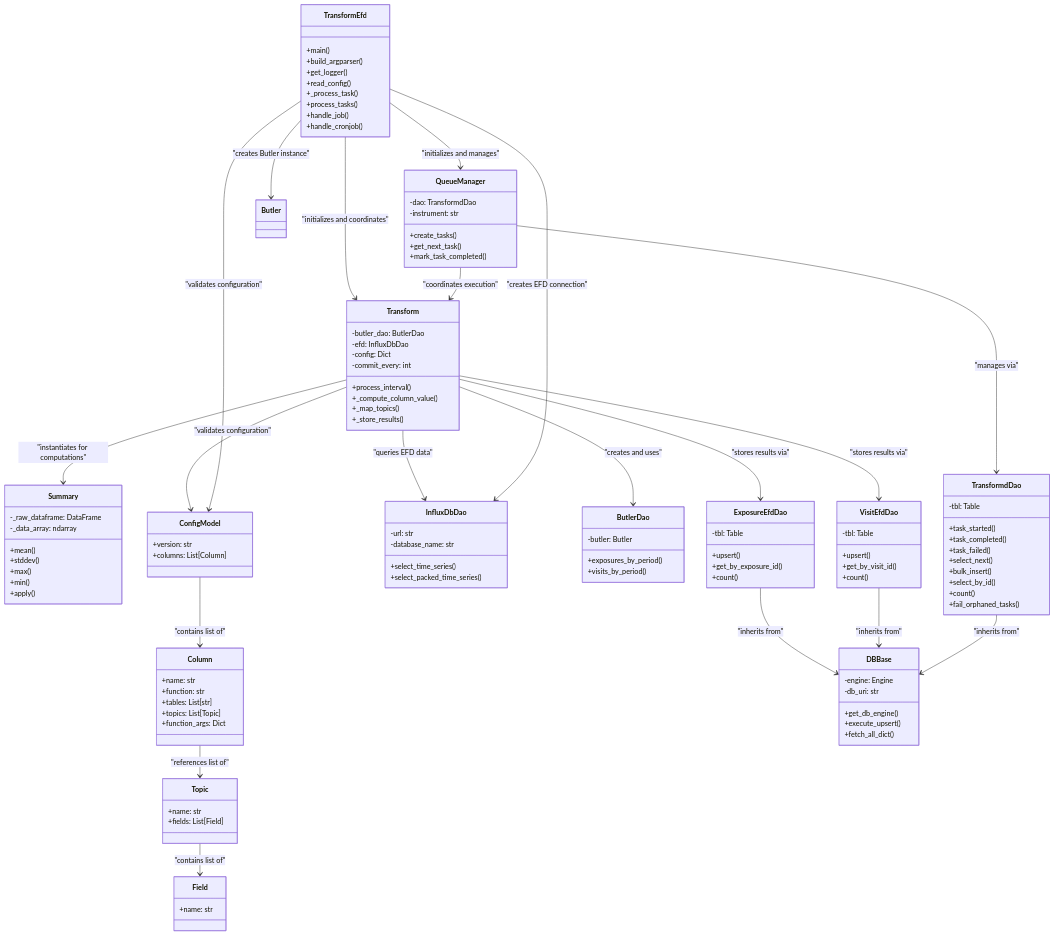
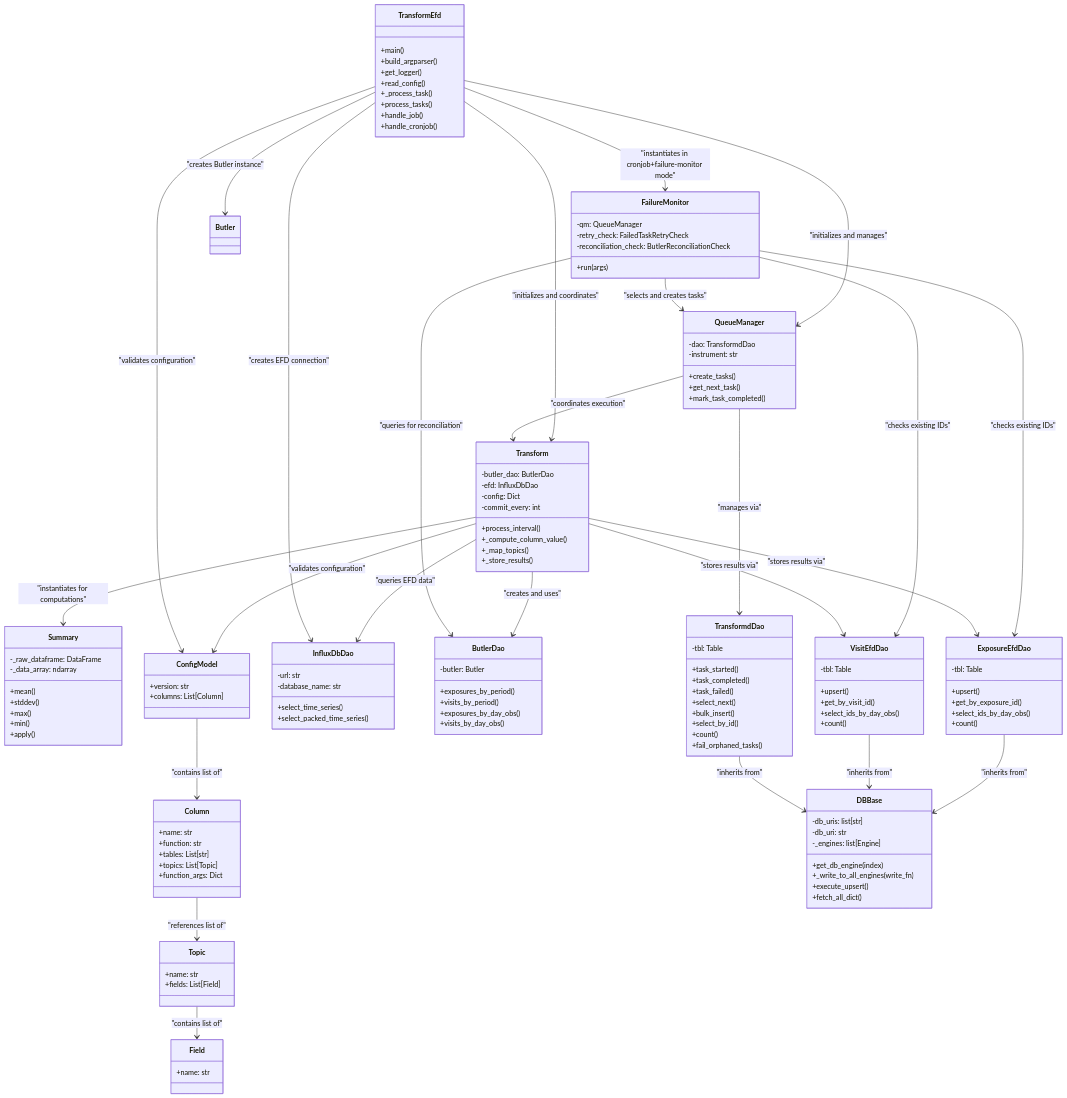
The second of 3 diagrams in doc/developer-guide/transformed-efd.rst (lsst-dm/consdb), drawn with Mermaid before and after one commit. The commit also changed other lines of this file and 3 other files, not shown here.

```diff
--- a/doc/developer-guide/transformed-efd.rst
+++ b/doc/developer-guide/transformed-efd.rst
@@ -525,12 +558,23 @@
           -butler: Butler
           +exposures_by_period()
           +visits_by_period()
+          +exposures_by_day_obs()
+          +visits_by_day_obs()
+      }
+
+      class FailureMonitor {
+          -qm: QueueManager
+          -retry_check: FailedTaskRetryCheck
+          -reconciliation_check: ButlerReconciliationCheck
+          +run(args)
       }
 
       class DBBase {
-          -engine: Engine
+          -db_uris: list[str]
           -db_uri: str
-          +get_db_engine()
+          -_engines: list[Engine]
+          +get_db_engine(index)
+          +_write_to_all_engines(write_fn)
           +execute_upsert()
           +fetch_all_dict()
       }
@@ -539,6 +583,7 @@
           -tbl: Table
           +upsert()
           +get_by_exposure_id()
+          +select_ids_by_day_obs()
           +count()
       }
 
@@ -546,6 +591,7 @@
           -tbl: Table
           +upsert()
           +get_by_visit_id()
+          +select_ids_by_day_obs()
           +count()
       }
 
@@ -602,6 +648,13 @@
       TransformEfd --> Butler : "creates Butler instance"
       TransformEfd --> InfluxDbDao : "creates EFD connection"
       TransformEfd --> ConfigModel : "validates configuration"
+      TransformEfd --> FailureMonitor : "instantiates in cronjob+failure-monitor mode"
+
+      %% FailureMonitor relationships
+      FailureMonitor --> QueueManager : "selects and creates tasks"
+      FailureMonitor --> ButlerDao : "queries for reconciliation"
+      FailureMonitor --> ExposureEfdDao : "checks existing IDs"
+      FailureMonitor --> VisitEfdDao : "checks existing IDs"
 
       %% Queue management relationships
       QueueManager --> TransformdDao : "manages via"
```
